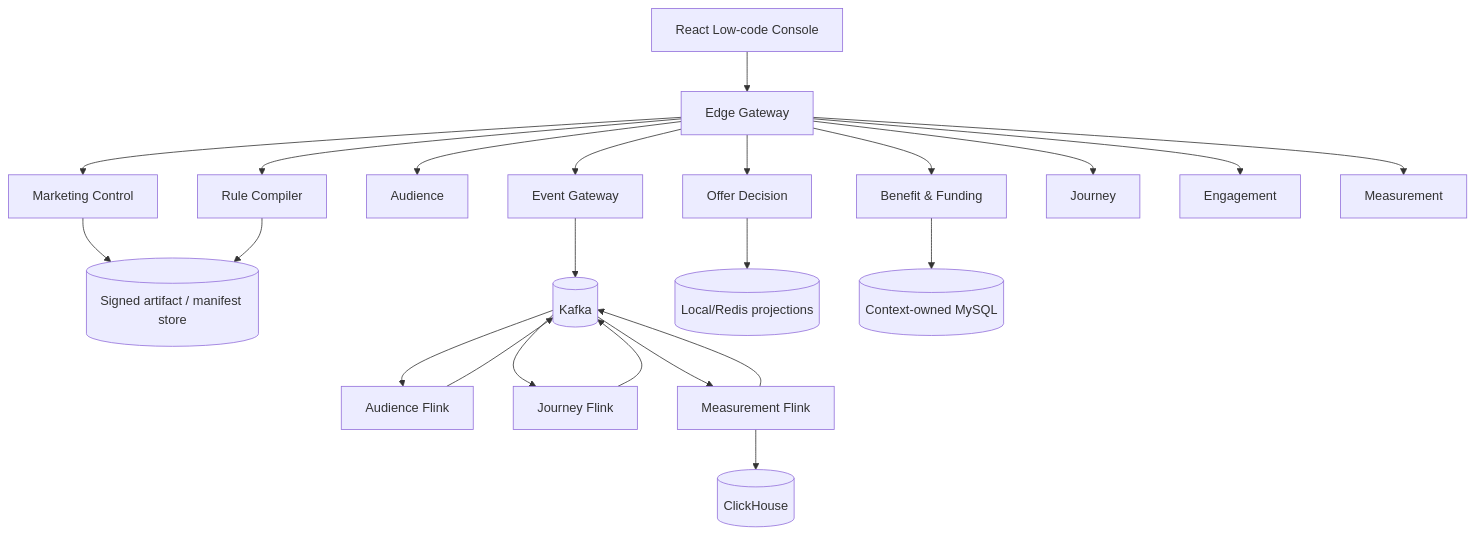
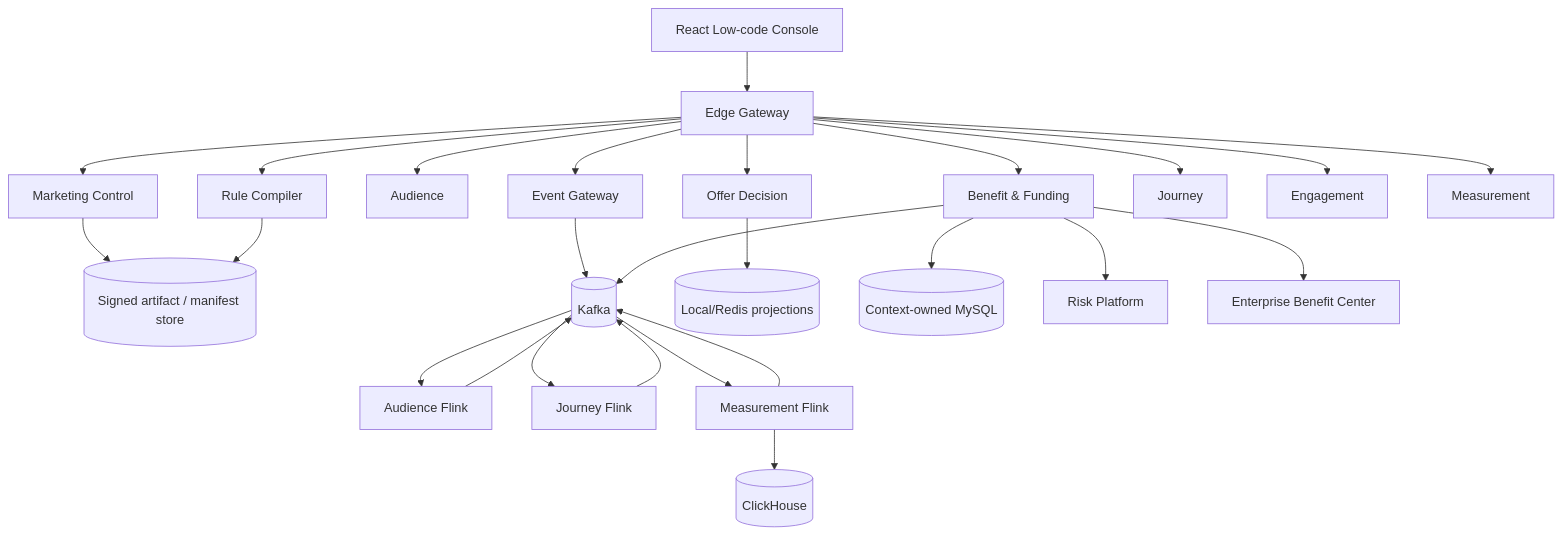
Before and after one commit to lirji/marketing-lowcode-platform: the first of 2 diagrams in docs/architecture/README.md, drawn with Mermaid. The commit also changed other lines of this file and 216 other files, not shown here.

````diff
--- a/docs/architecture/README.md
+++ b/docs/architecture/README.md
@@ -7,25 +7,28 @@
 ```mermaid
 flowchart TB
   UI[React Low-code Console] --> GW[Edge Gateway]
   GW --> CTL[Marketing Control]
   GW --> CMP[Rule Compiler]
   GW --> AUD[Audience]
   GW --> DEC[Offer Decision]
   GW --> BEN[Benefit & Funding]
   GW --> EVT[Event Gateway]
   GW --> JRN[Journey]
   GW --> ENG[Engagement]
   GW --> MES[Measurement]
   CTL --> OBJ[(Signed artifact / manifest store)]
   CMP --> OBJ
   EVT --> K[(Kafka)]
   K --> AF[Audience Flink]
   K --> JF[Journey Flink]
   K --> MF[Measurement Flink]
   AF --> K
   JF --> K
   MF --> K
   DEC --> RP[(Local/Redis projections)]
   BEN --> DB[(Context-owned MySQL)]
+  BEN --> RISK[Risk Platform]
+  BEN --> BC[Enterprise Benefit Center]
+  BEN --> K
   MF --> CH[(ClickHouse)]
 ```
````
